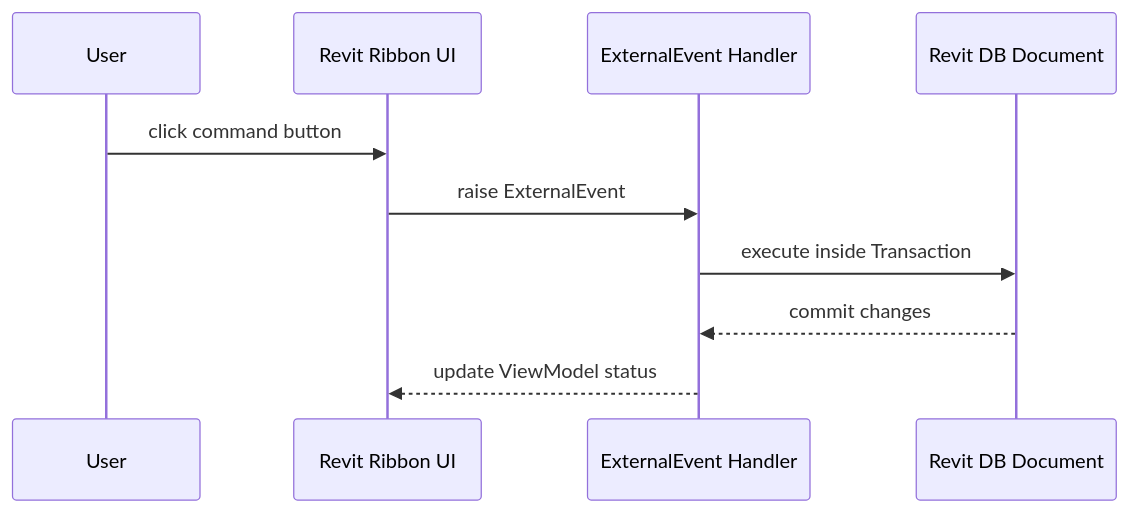
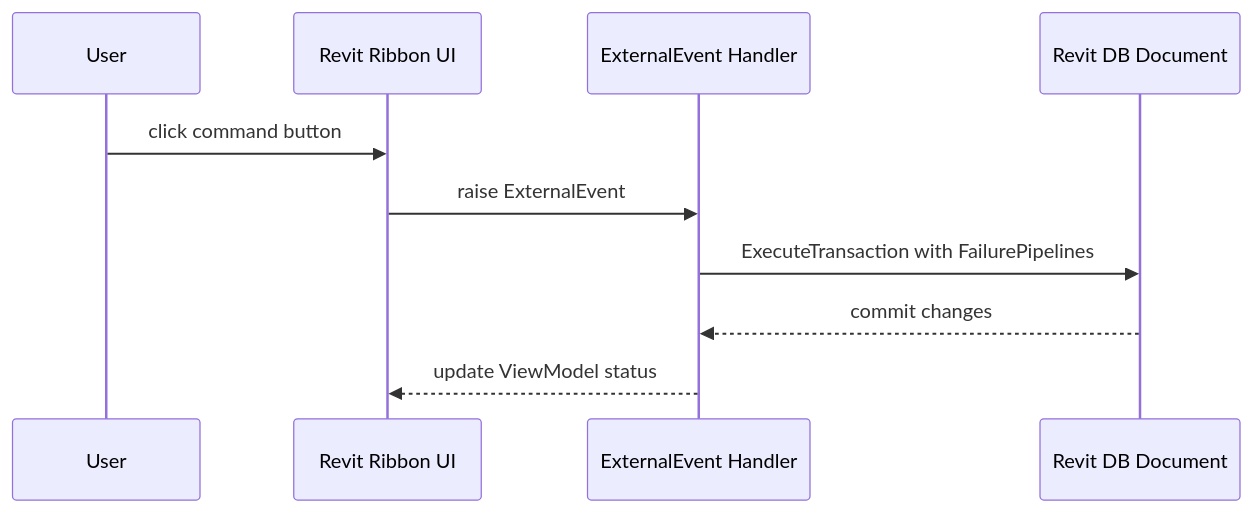
Before and after one commit to amcgoey/Synthetic-Revit: the diagram in .agents/skills/pr/SKILL.md, drawn with Mermaid. The commit also changed other lines of this file and 70 other files, not shown here.

````diff
--- a/.agents/skills/pr/SKILL.md
+++ b/.agents/skills/pr/SKILL.md
@@ -85,12 +83,12 @@
 ```mermaid
 sequenceDiagram
     participant User
     participant Ribbon as Revit Ribbon UI
     participant Handler as ExternalEvent Handler
     participant Doc as Revit DB Document
     User->>Ribbon: click command button
     Ribbon->>Handler: raise ExternalEvent
-    Handler->>Doc: execute inside Transaction
+    Handler->>Doc: ExecuteTransaction with FailurePipelines
     Doc-->>Handler: commit changes
     Handler-->>Ribbon: update ViewModel status
 ```
````
